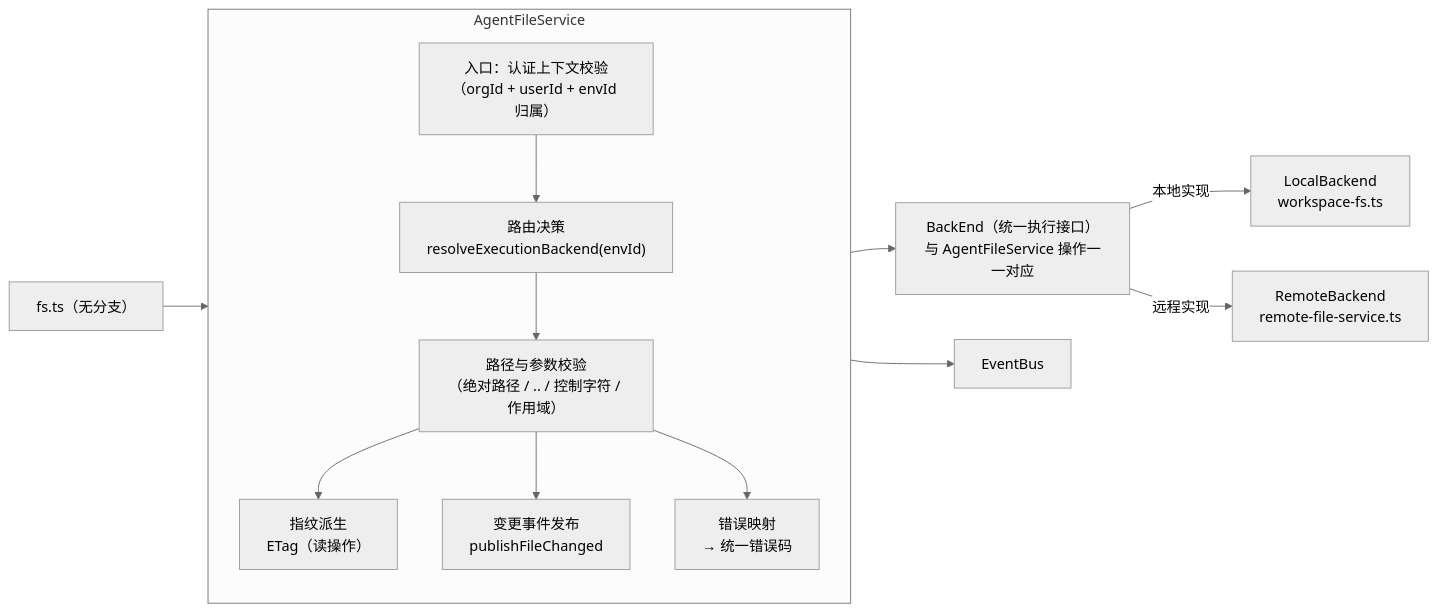
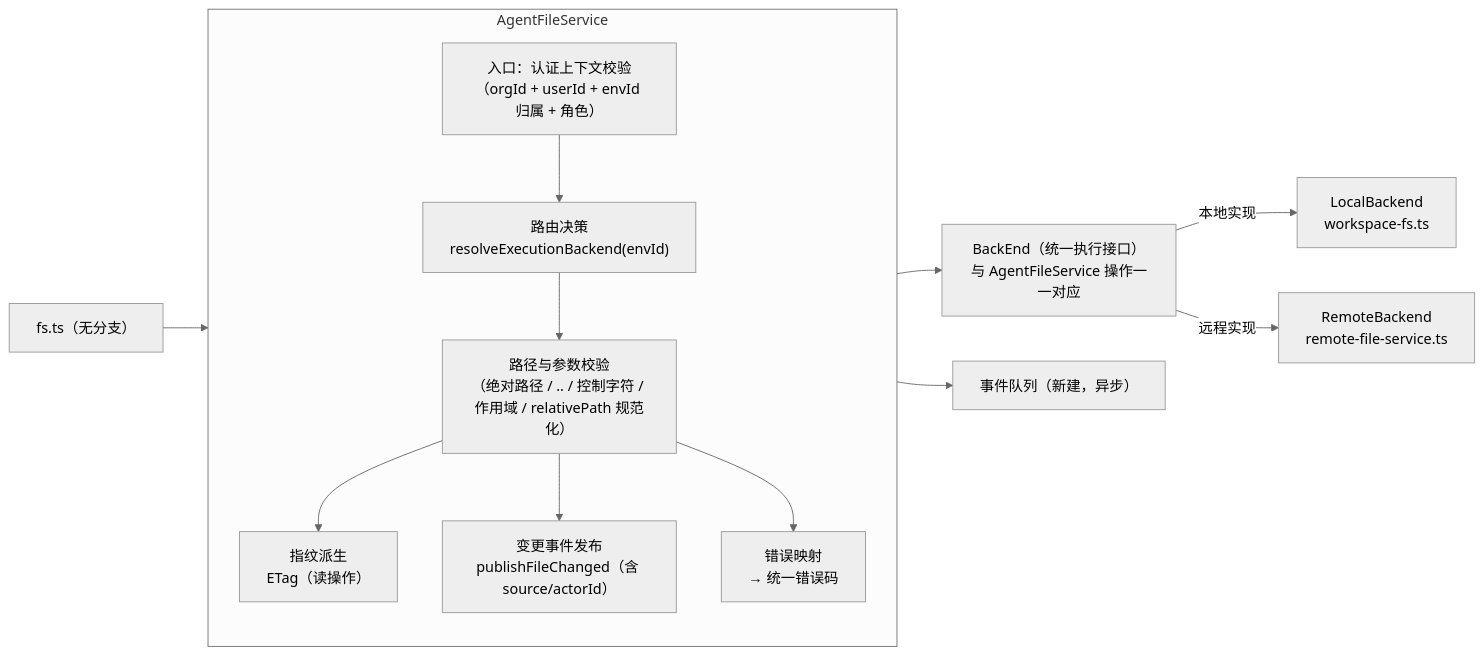
The second of 5 diagrams in docs/arch/12-files.md (HuangPuStar/FenixAgent), drawn with Mermaid (neutral theme) before and after one commit. The commit also changed other lines of this file and 2 other files, not shown here.

````diff
--- a/docs/arch/12-files.md
+++ b/docs/arch/12-files.md
@@ -80,26 +85,26 @@
 ```mermaid
 flowchart LR
     subgraph AFS["AgentFileService"]
         direction TB
-        GATE["入口：认证上下文校验\n（orgId + userId + envId 归属）"]
+        GATE["入口：认证上下文校验\n（orgId + userId + envId 归属 + 角色）"]
         DECIDE["路由决策\nresolveExecutionBackend(envId)"]
-        VALIDATE["路径与参数校验\n（绝对路径 / .. / 控制字符 / 作用域）"]
+        VALIDATE["路径与参数校验\n（绝对路径 / .. / 控制字符 / 作用域 / relativePath 规范化）"]
         FINGER["指纹派生\nETag（读操作）"]
         MAP["错误映射\n→ 统一错误码"]
-        PUB["变更事件发布\npublishFileChanged"]
+        PUB["变更事件发布\npublishFileChanged（含 source/actorId）"]
         GATE --> DECIDE --> VALIDATE
         VALIDATE --> FINGER
         VALIDATE --> PUB
         VALIDATE --> MAP
     end
 
     BE["BackEnd（统一执行接口）\n与 AgentFileService 操作一一对应"]
     LB["LocalBackend\nworkspace-fs.ts"]
     RB["RemoteBackend\nremote-file-service.ts"]
 
     ROUTES["fs.ts（无分支）"] --> GATE
     VALIDATE --> BE
     BE -->|"本地实现"| LB
     BE -->|"远程实现"| RB
-    PUB --> EV["EventBus"]
+    PUB --> EV["事件队列（新建，异步）"]
 ```
````
